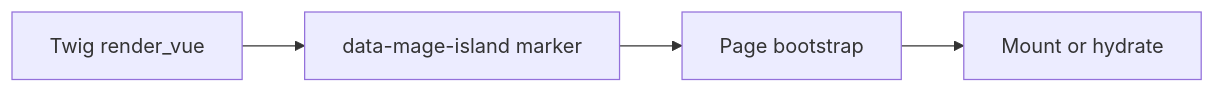
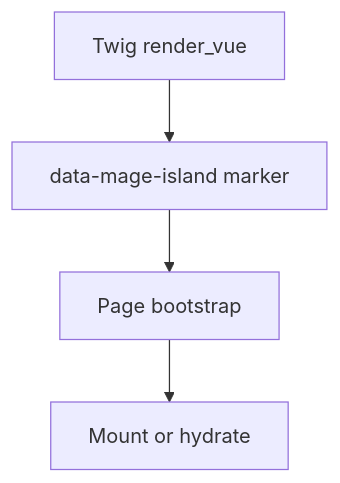
Before and after one commit to mage-obsidian/docs: the diagram in docs/guides/vue/islands.md, drawn with Mermaid. The commit also changed 5 other files, not shown here.

Commit message:
docs: draw the longer flow diagrams top to bottom so their labels stay readable

````diff
--- a/docs/guides/vue/islands.md
+++ b/docs/guides/vue/islands.md
@@ -108,6 +108,6 @@
 ```mermaid
-flowchart LR
+flowchart TD
   A["Twig render_vue"] --> B["data-mage-island marker"]
   B --> C["Page bootstrap"]
   C --> D["Mount or hydrate"]
 ```
````
